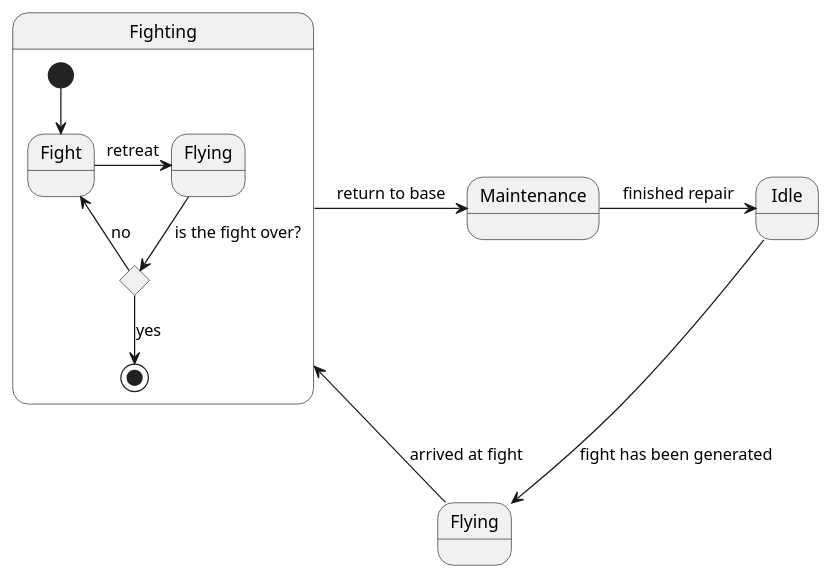
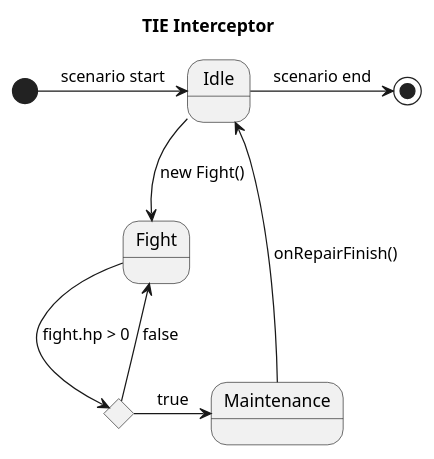
Before and after one commit to darkhappy/flightsim: the diagram in Documentation/Diagrams/State/Fight.puml, drawn with PlantUML. The commit also changed 1 other file, not shown here.

Commit message:
UML: Reformatted Class/Simulator, finished Fight State

```diff
--- a/Documentation/Diagrams/State/Fight.puml
+++ b/Documentation/Diagrams/State/Fight.puml
@@ -1,33 +1,21 @@
 @startuml
 'https://plantuml.com/state-diagram
+Title TIE Interceptor 
 
 state Idle
-
-Idle --> Flying : fight has been generated
-
-state Flying
-
-Flying --> Fighting : arrived at fight
-
+state Fight
+state c <<choice>>
 state Maintenance
 
-state Fighting {
-    state "Flying" as FlyingBack
-    state Fight
-    state c <<choice>>
-    
-    [*] --> Fight
-    Fight -> FlyingBack : retreat
-    FlyingBack --> c : is the fight over?
-    c --> Fight : no
-    c --> [*] : yes
-}
+[*] -> Idle : scenario start
+Idle --> Fight : new Fight()
 
-Fighting -> Maintenance : return to base
+Fight --> c : fight.hp > 0
+c -> Maintenance : true
+c --> Fight : false
 
+Maintenance -> Idle : onRepairFinish()
 
-Maintenance -> Idle : finished repair
-
-
+Idle -> [*] : scenario end
 
 @enduml
```
